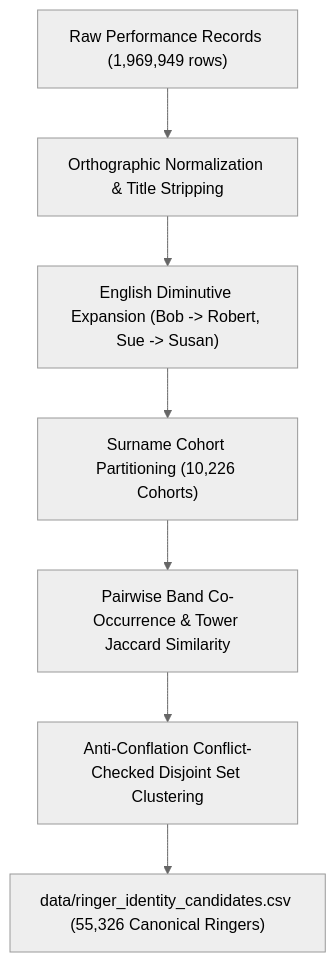
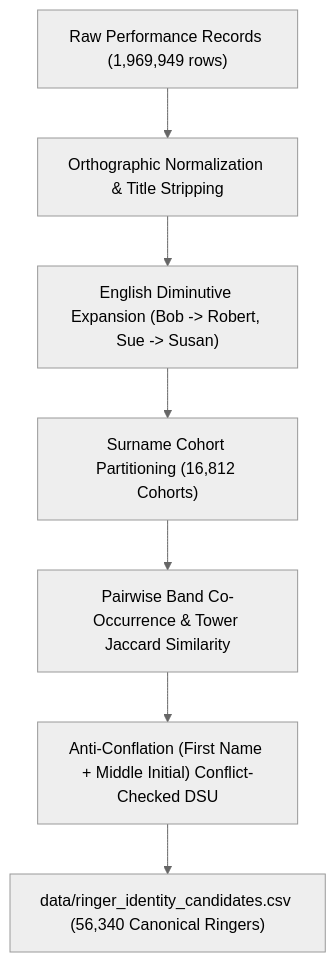
The diagram in docs/ringer_identity_resolution.md (nihilisticiconoclast/change-ringing), drawn with Mermaid (neutral theme) before and after one commit. The commit also changed other lines of this file and 2 other files, not shown here.

Commit message:
feat: ringer identity resolution across 13-year corpus (Item 9)

````diff
--- a/docs/ringer_identity_resolution.md
+++ b/docs/ringer_identity_resolution.md
@@ -27,9 +30,9 @@
 ```mermaid
 graph TD
     A["Raw Performance Records (1,969,949 rows)"] --> B["Orthographic Normalization & Title Stripping"]
     B --> C["English Diminutive Expansion (Bob -> Robert, Sue -> Susan)"]
-    C --> D["Surname Cohort Partitioning (10,226 Cohorts)"]
+    C --> D["Surname Cohort Partitioning (16,812 Cohorts)"]
     D --> E["Pairwise Band Co-Occurrence & Tower Jaccard Similarity"]
-    E --> F["Anti-Conflation Conflict-Checked Disjoint Set Clustering"]
-    F --> G["data/ringer_identity_candidates.csv (55,326 Canonical Ringers)"]
+    E --> F["Anti-Conflation (First Name + Middle Initial) Conflict-Checked DSU"]
+    F --> G["data/ringer_identity_candidates.csv (56,340 Canonical Ringers)"]
 ```
````
